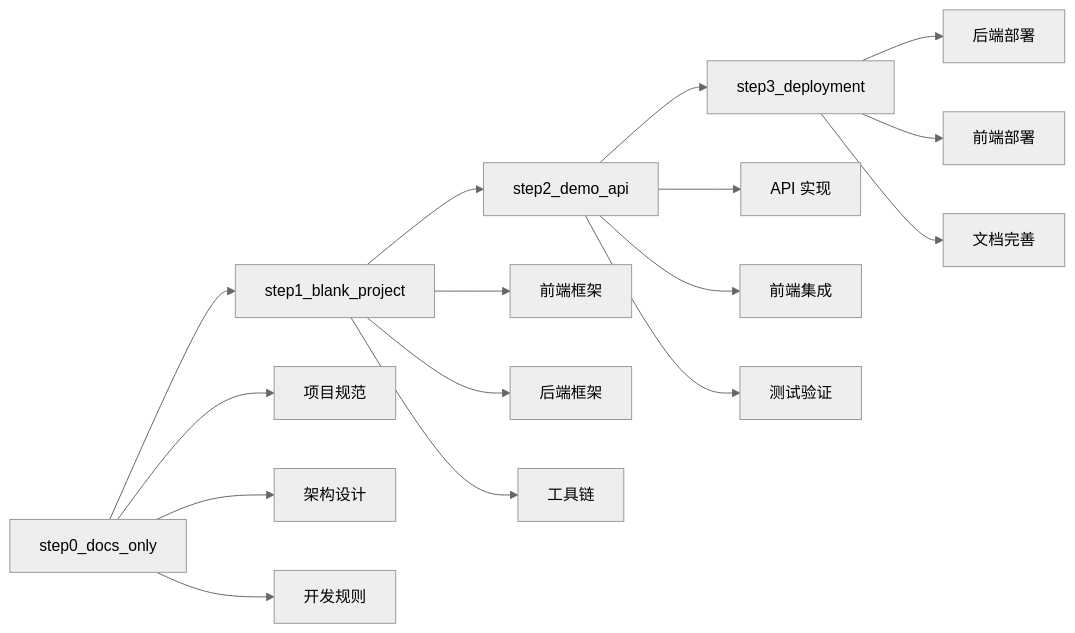
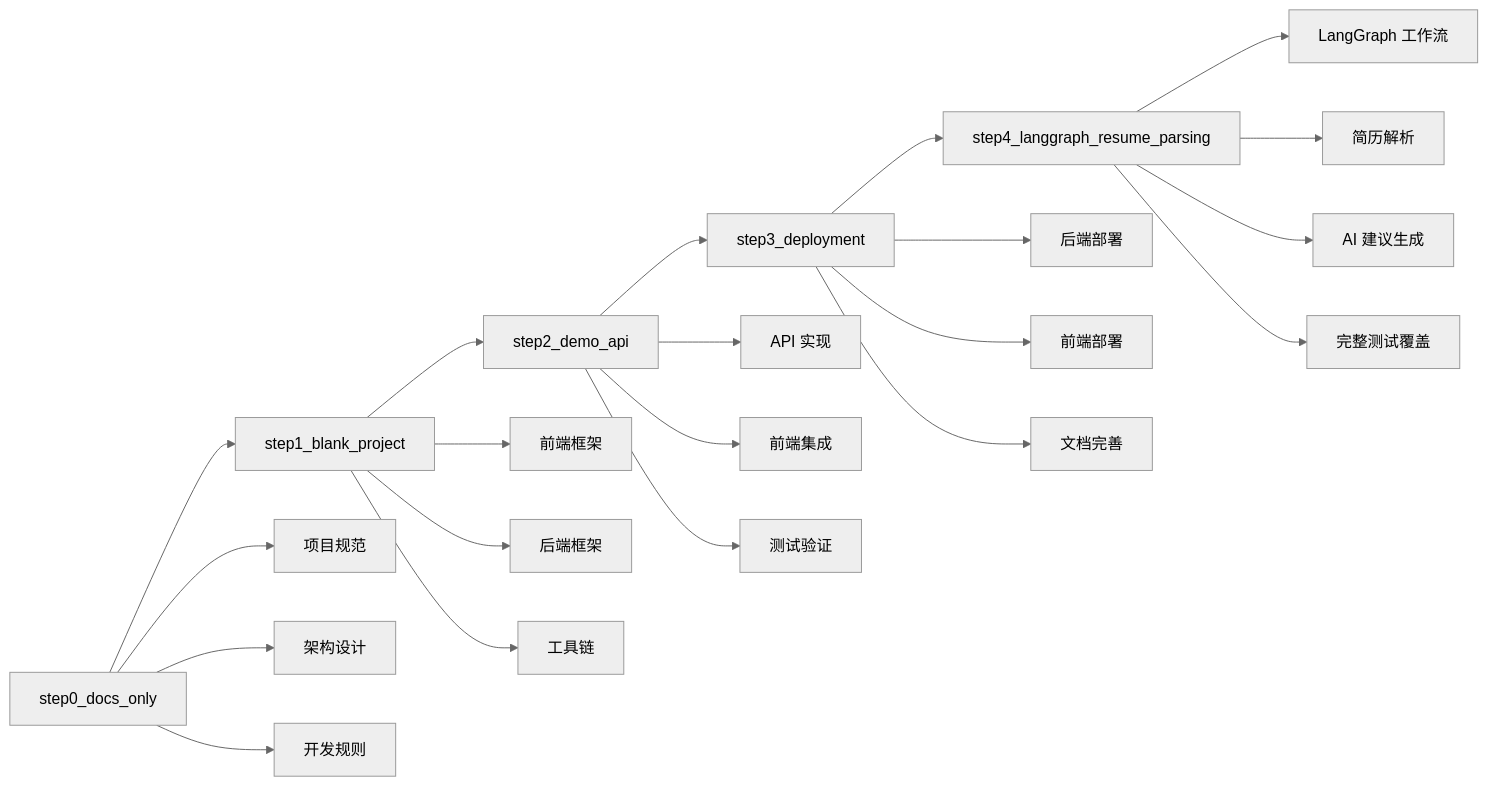
The second of 2 diagrams in TAGS.md (benyue1978/learn_agent_jobprep), drawn with Mermaid (neutral theme) before and after one commit. The commit also changed other lines of this file, not shown here.

Commit message:
docs: 添加 step4_langgraph_resume_parsing tag 文档

````diff
--- a/TAGS.md
+++ b/TAGS.md
@@ -145,22 +217,28 @@
 ```mermaid
 graph LR
     A[step0_docs_only] --> B[step1_blank_project]
     B --> C[step2_demo_api]
     C --> D[step3_deployment]
+    D --> E[step4_langgraph_resume_parsing]
 
     A --> A1[项目规范]
     A --> A2[架构设计]
     A --> A3[开发规则]
 
     B --> B1[前端框架]
     B --> B2[后端框架]
     B --> B3[工具链]
 
     C --> C1[API 实现]
     C --> C2[前端集成]
     C --> C3[测试验证]
 
     D --> D1[后端部署]
     D --> D2[前端部署]
     D --> D3[文档完善]
+
+    E --> E1[LangGraph 工作流]
+    E --> E2[简历解析]
+    E --> E3[AI 建议生成]
+    E --> E4[完整测试覆盖]
 ```
````
